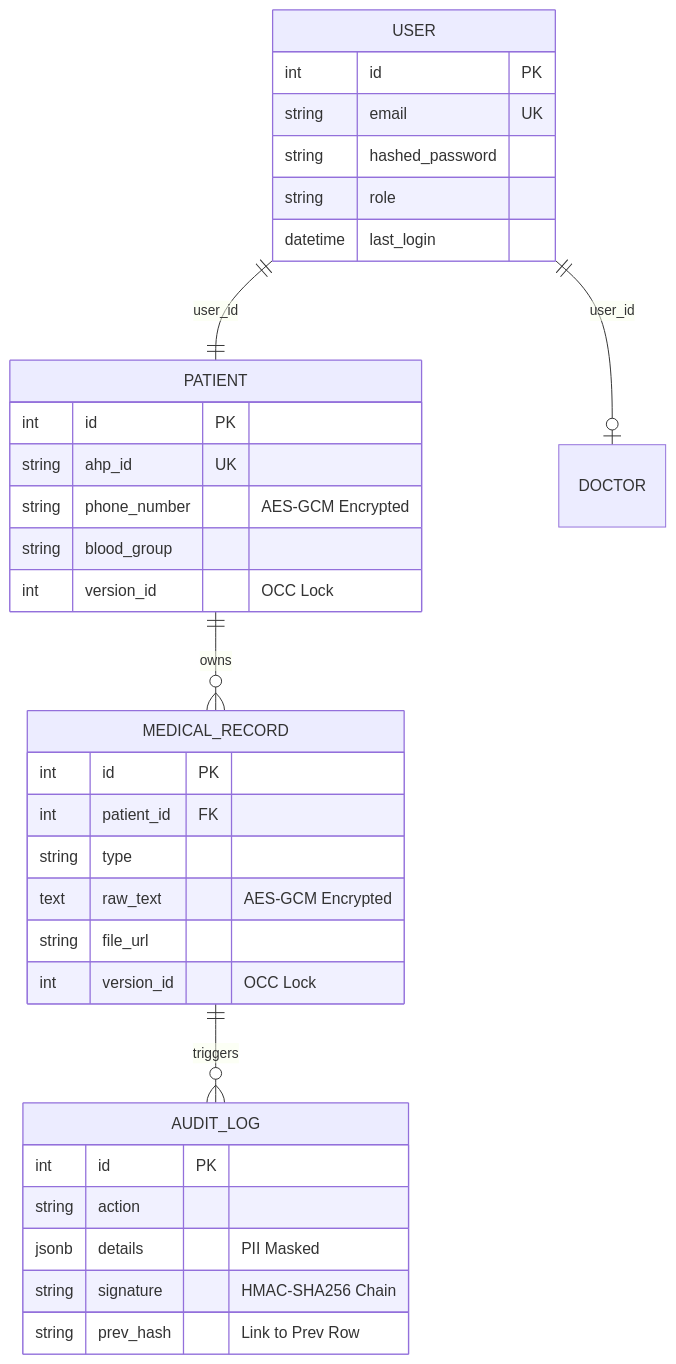
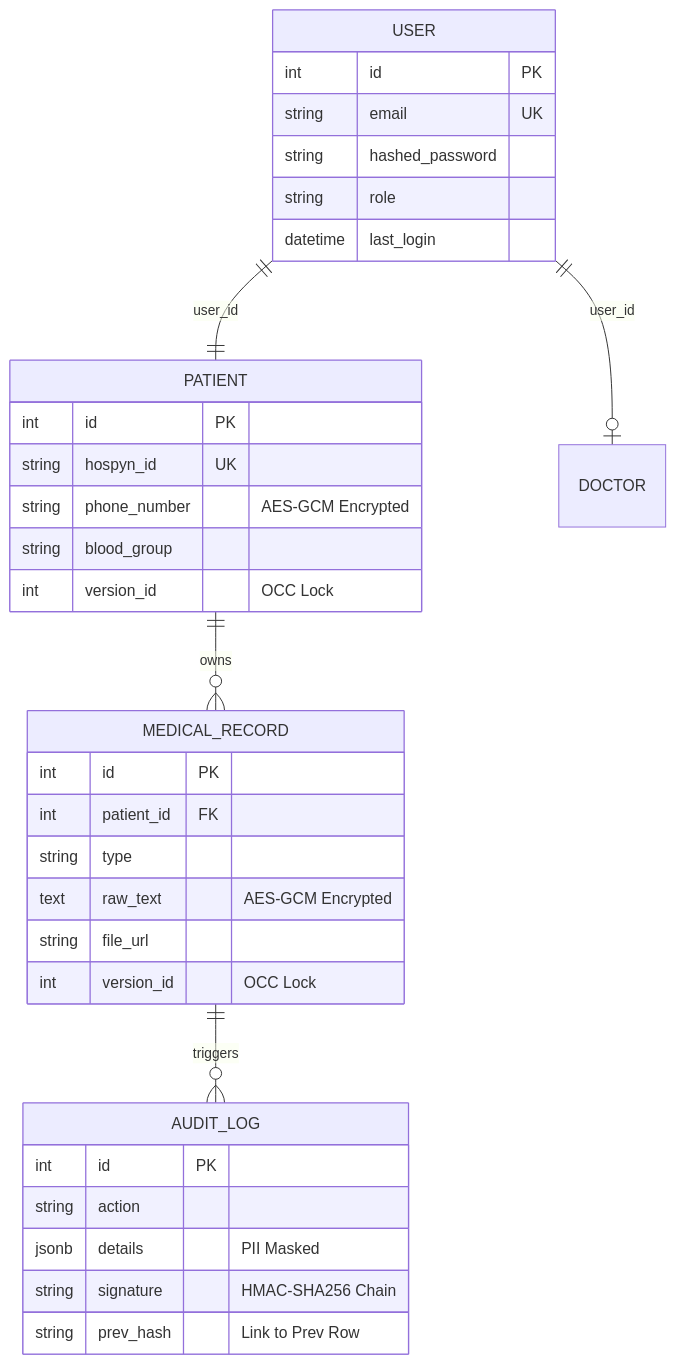
The second of 2 diagrams in docs/architecture.md (TRavi8688/ahp.2.o), drawn with Mermaid before and after one commit. The commit also changed other lines of this file and 140 other files, not shown here.

Commit message:
style: global rebranding migration from AHP to Hospyn

````diff
--- a/docs/architecture.md
+++ b/docs/architecture.md
@@ -49,40 +49,40 @@
 ```mermaid
 erDiagram
     USER ||--|| PATIENT : "user_id"
     USER ||--o| DOCTOR : "user_id"
     PATIENT ||--o{ MEDICAL_RECORD : "owns"
     MEDICAL_RECORD ||--o{ AUDIT_LOG : "triggers"
     
     USER {
         int id PK
         string email UK
         string hashed_password
         string role
         datetime last_login
     }
 
     PATIENT {
         int id PK
-        string ahp_id UK
+        string hospyn_id UK
         string phone_number "AES-GCM Encrypted"
         string blood_group
         int version_id "OCC Lock"
     }
 
     MEDICAL_RECORD {
         int id PK
         int patient_id FK
         string type
         text raw_text "AES-GCM Encrypted"
         string file_url
         int version_id "OCC Lock"
     }
 
     AUDIT_LOG {
         int id PK
         string action
         jsonb details "PII Masked"
         string signature "HMAC-SHA256 Chain"
         string prev_hash "Link to Prev Row"
     }
 ```
````
